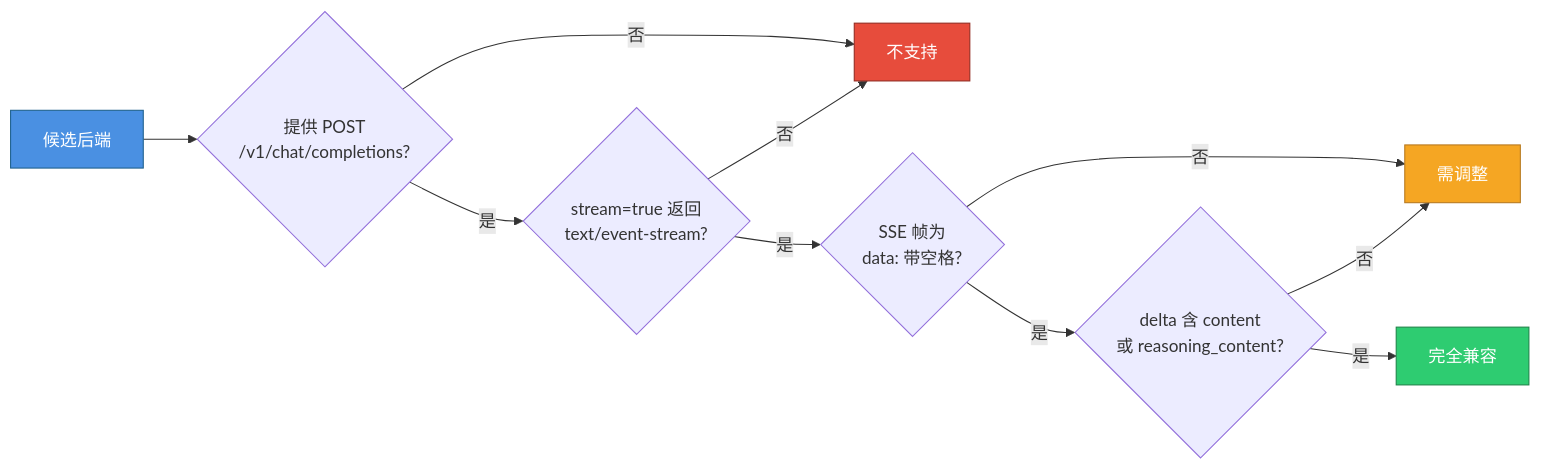
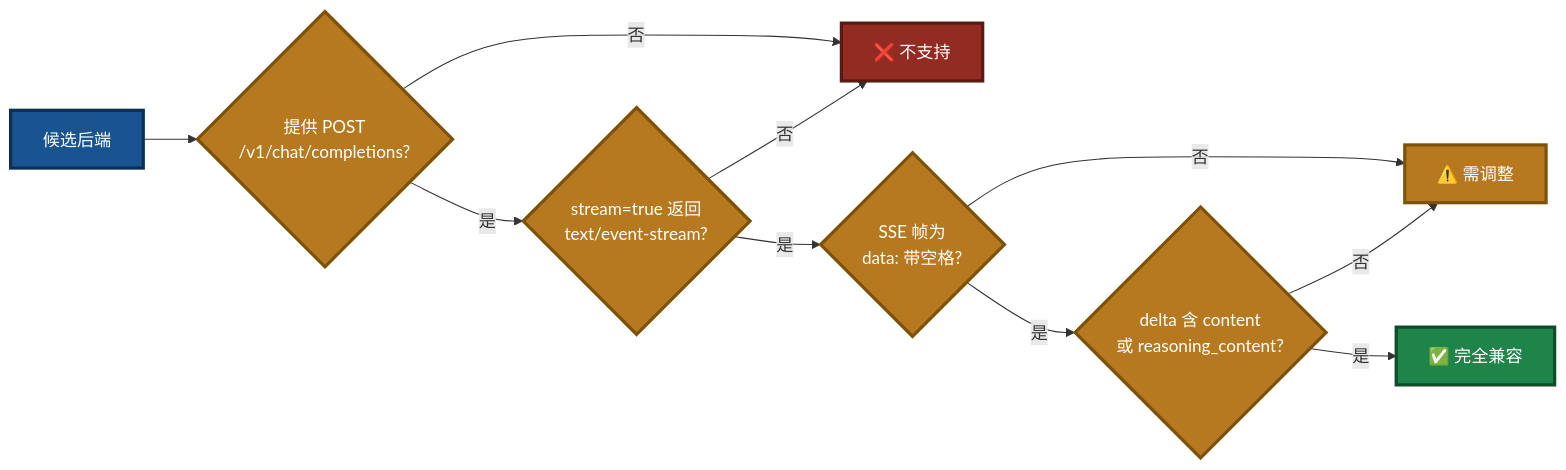
Before and after one commit to PassByYou888/LingoFuse-pasAgent: the first of 2 diagrams in src/llm-service/LingoFuse_LLM_Proxy_Compatibility_Guide.md, drawn with Mermaid. The commit also changed other lines of this file, not shown here.

````diff
--- a/src/llm-service/LingoFuse_LLM_Proxy_Compatibility_Guide.md
+++ b/src/llm-service/LingoFuse_LLM_Proxy_Compatibility_Guide.md
@@ -13,17 +22,21 @@
 ```mermaid
 flowchart LR
-    A[候选后端] --> B{提供 POST<br/>/v1/chat/completions?}
-    B -->|否| C[不支持]
-    B -->|是| D{stream=true 返回<br/>text/event-stream?}
+    A["候选后端"] --> B{"提供 POST<br/>/v1/chat/completions?"}
+    B -->|否| C["❌ 不支持"]
+    B -->|是| D{"stream=true 返回<br/>text/event-stream?"}
     D -->|否| C
-    D -->|是| E{SSE 帧为<br/>data: 带空格?}
-    E -->|否| F[需调整]
-    E -->|是| G{delta 含 content<br/>或 reasoning_content?}
+    D -->|是| E{"SSE 帧为<br/>data: 带空格?"}
+    E -->|否| F["⚠️ 需调整"]
+    E -->|是| G{"delta 含 content<br/>或 reasoning_content?"}
     G -->|否| F
-    G -->|是| H[完全兼容]
+    G -->|是| H["✅ 完全兼容"]
 
-    style A fill:#4A90E2,stroke:#1F618D,color:#fff
-    style H fill:#2ECC71,stroke:#1E8449,color:#fff
-    style C fill:#E74C3C,stroke:#922B21,color:#fff
-    style F fill:#F5A623,stroke:#B7791F,color:#fff
+    style A fill:#1A5490,stroke:#0D2F52,stroke-width:3px,color:#FFFFFF
+    style B fill:#B7791F,stroke:#7E5109,stroke-width:3px,color:#FFFFFF
+    style D fill:#B7791F,stroke:#7E5109,stroke-width:3px,color:#FFFFFF
+    style E fill:#B7791F,stroke:#7E5109,stroke-width:3px,color:#FFFFFF
+    style G fill:#B7791F,stroke:#7E5109,stroke-width:3px,color:#FFFFFF
+    style C fill:#922B21,stroke:#5A1A14,stroke-width:3px,color:#FFFFFF
+    style F fill:#B7791F,stroke:#7E5109,stroke-width:3px,color:#FFFFFF
+    style H fill:#1E8449,stroke:#0E4D2A,stroke-width:3px,color:#FFFFFF
 ```
````
